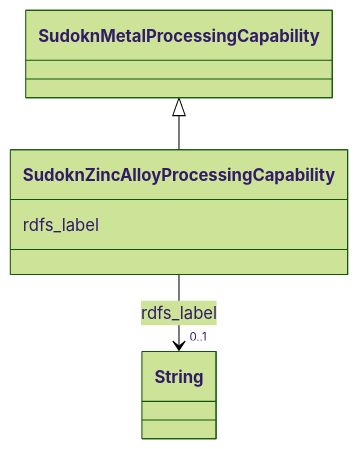
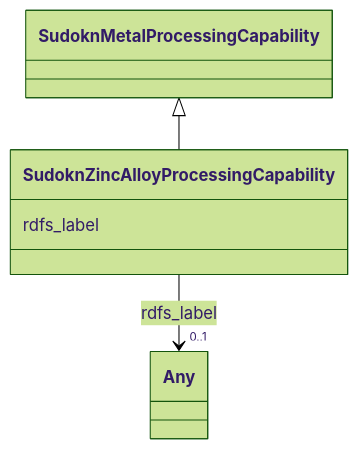
Before and after one commit to frink-okn/graph-descriptions: the diagram in sudokn-kg/classes/SudoknZincAlloyProcessingCapability.md, drawn with Mermaid (forest theme). The commit also changed other lines of this file and 903 other files, not shown here.

````diff
--- a/sudokn-kg/classes/SudoknZincAlloyProcessingCapability.md
+++ b/sudokn-kg/classes/SudoknZincAlloyProcessingCapability.md
@@ -23,18 +18,18 @@
 ```mermaid
  classDiagram
     class SudoknZincAlloyProcessingCapability
     click SudoknZincAlloyProcessingCapability href "../SudoknZincAlloyProcessingCapability"
       SudoknMetalProcessingCapability <|-- SudoknZincAlloyProcessingCapability
         click SudoknMetalProcessingCapability href "../SudoknMetalProcessingCapability"
       
       SudoknZincAlloyProcessingCapability : rdfs_label
         
           
     
     
-    SudoknZincAlloyProcessingCapability --> "0..1" String : rdfs_label
-    click String href "../String"
+    SudoknZincAlloyProcessingCapability --> "0..1" Any : rdfs_label
+    click Any href "../Any"
 
         
       
 ```
````
